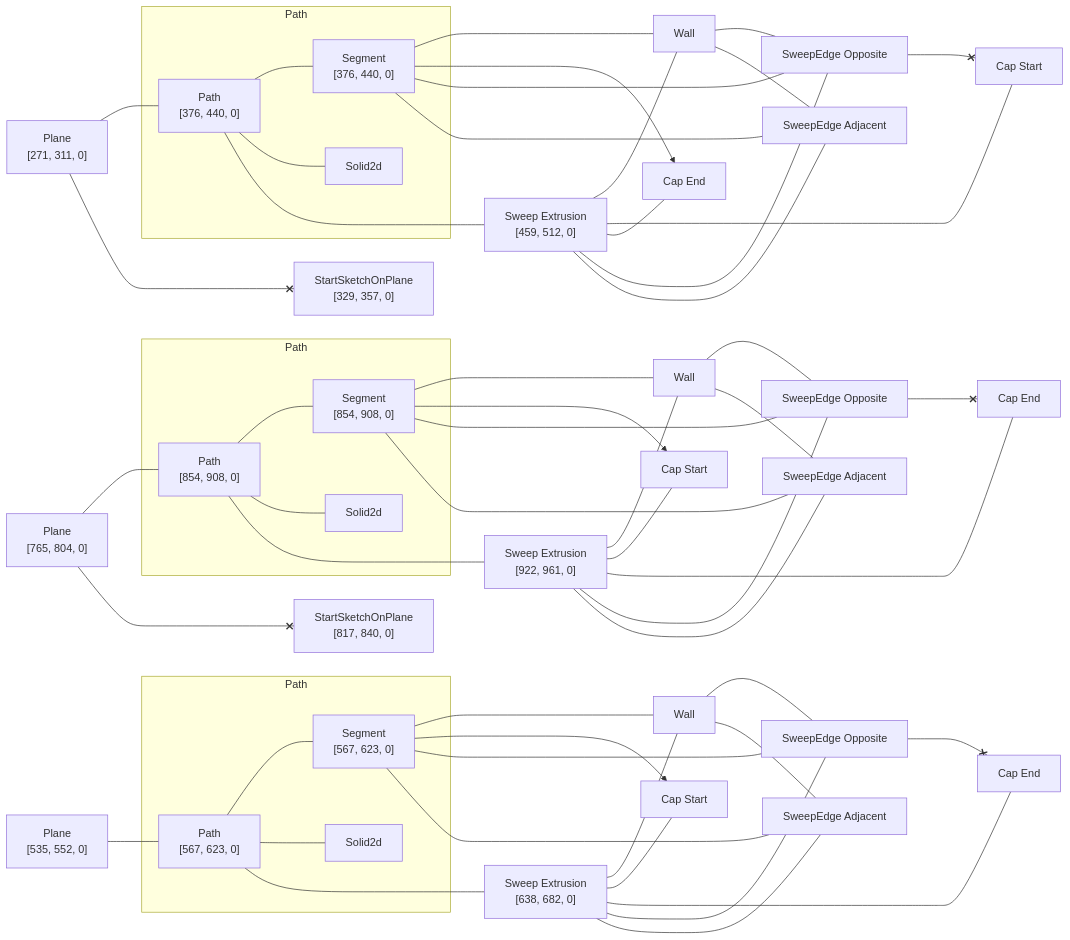
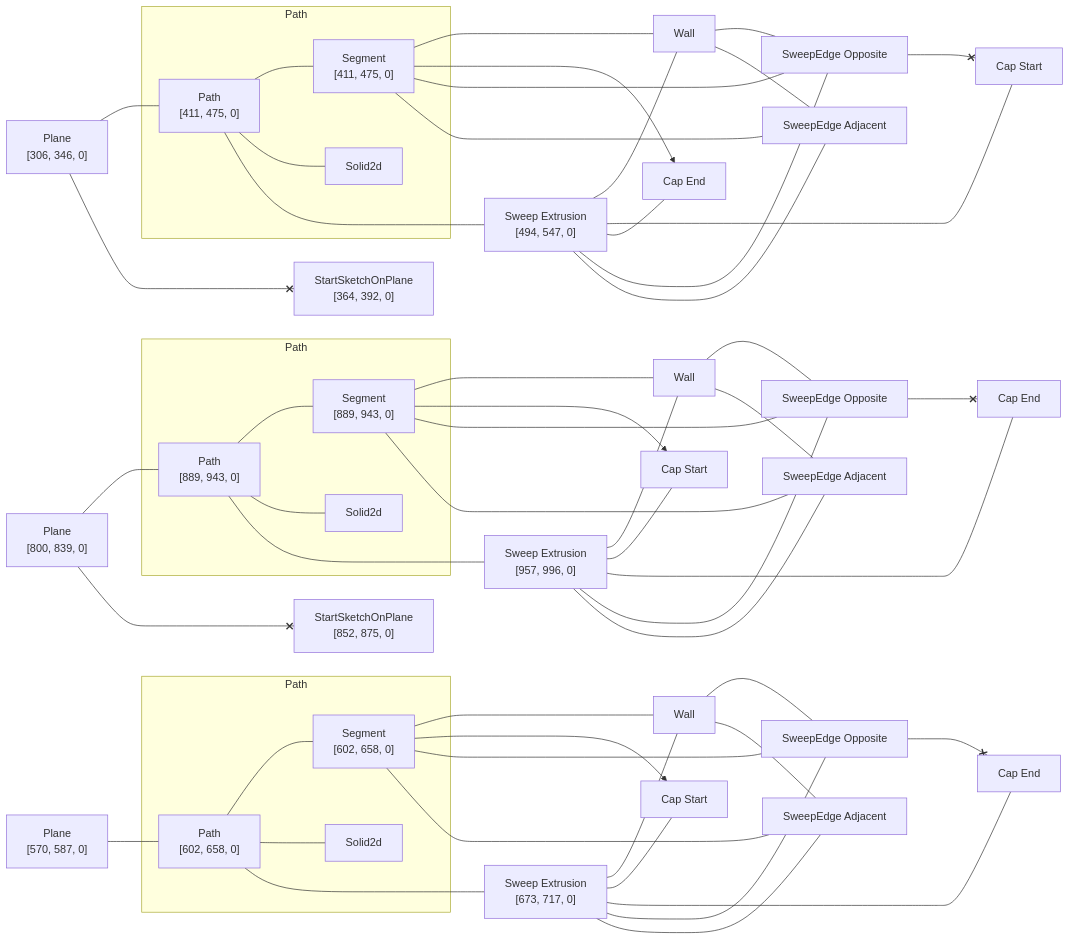
Before and after one commit to KittyCAD/modeling-app: the diagram in rust/kcl-lib/tests/kcl_samples/round-table/artifact_graph_flowchart.snap.md, drawn with Mermaid. The commit also changed 319 other files, not shown here.

````diff
--- a/rust/kcl-lib/tests/kcl_samples/round-table/artifact_graph_flowchart.snap.md
+++ b/rust/kcl-lib/tests/kcl_samples/round-table/artifact_graph_flowchart.snap.md
@@ -1,29 +1,29 @@
 ```mermaid
 flowchart LR
   subgraph path2 [Path]
-    2["Path<br>[376, 440, 0]"]
+    2["Path<br>[411, 475, 0]"]
       %% [ProgramBodyItem { index: 8 }, VariableDeclarationDeclaration, VariableDeclarationInit]
-    3["Segment<br>[376, 440, 0]"]
+    3["Segment<br>[411, 475, 0]"]
       %% [ProgramBodyItem { index: 8 }, VariableDeclarationDeclaration, VariableDeclarationInit]
     4[Solid2d]
   end
   subgraph path12 [Path]
-    12["Path<br>[567, 623, 0]"]
+    12["Path<br>[602, 658, 0]"]
       %% [ProgramBodyItem { index: 11 }, VariableDeclarationDeclaration, VariableDeclarationInit]
-    13["Segment<br>[567, 623, 0]"]
+    13["Segment<br>[602, 658, 0]"]
       %% [ProgramBodyItem { index: 11 }, VariableDeclarationDeclaration, VariableDeclarationInit]
     14[Solid2d]
   end
   subgraph path22 [Path]
-    22["Path<br>[854, 908, 0]"]
+    22["Path<br>[889, 943, 0]"]
       %% [ProgramBodyItem { index: 16 }, VariableDeclarationDeclaration, VariableDeclarationInit]
-    23["Segment<br>[854, 908, 0]"]
+    23["Segment<br>[889, 943, 0]"]
       %% [ProgramBodyItem { index: 16 }, VariableDeclarationDeclaration, VariableDeclarationInit]
     24[Solid2d]
   end
-  1["Plane<br>[271, 311, 0]"]
+  1["Plane<br>[306, 346, 0]"]
     %% [ProgramBodyItem { index: 6 }, VariableDeclarationDeclaration, VariableDeclarationInit]
-  5["Sweep Extrusion<br>[459, 512, 0]"]
+  5["Sweep Extrusion<br>[494, 547, 0]"]
     %% [ProgramBodyItem { index: 9 }, VariableDeclarationDeclaration, VariableDeclarationInit]
   6[Wall]
     %% face_code_ref=Missing NodePath
@@ -33,9 +33,9 @@
     %% face_code_ref=Missing NodePath
   9["SweepEdge Opposite"]
   10["SweepEdge Adjacent"]
-  11["Plane<br>[535, 552, 0]"]
+  11["Plane<br>[570, 587, 0]"]
     %% [ProgramBodyItem { index: 10 }, VariableDeclarationDeclaration, VariableDeclarationInit]
-  15["Sweep Extrusion<br>[638, 682, 0]"]
+  15["Sweep Extrusion<br>[673, 717, 0]"]
     %% [ProgramBodyItem { index: 12 }, VariableDeclarationDeclaration, VariableDeclarationInit]
   16[Wall]
     %% face_code_ref=Missing NodePath
@@ -45,9 +45,9 @@
     %% face_code_ref=Missing NodePath
   19["SweepEdge Opposite"]
   20["SweepEdge Adjacent"]
-  21["Plane<br>[765, 804, 0]"]
+  21["Plane<br>[800, 839, 0]"]
     %% [ProgramBodyItem { index: 14 }, VariableDeclarationDeclaration, VariableDeclarationInit]
-  25["Sweep Extrusion<br>[922, 961, 0]"]
+  25["Sweep Extrusion<br>[957, 996, 0]"]
     %% [ProgramBodyItem { index: 17 }, VariableDeclarationDeclaration, VariableDeclarationInit]
   26[Wall]
     %% face_code_ref=Missing NodePath
@@ -57,9 +57,9 @@
     %% face_code_ref=Missing NodePath
   29["SweepEdge Opposite"]
   30["SweepEdge Adjacent"]
-  31["StartSketchOnPlane<br>[329, 357, 0]"]
+  31["StartSketchOnPlane<br>[364, 392, 0]"]
     %% [ProgramBodyItem { index: 7 }, VariableDeclarationDeclaration, VariableDeclarationInit]
-  32["StartSketchOnPlane<br>[817, 840, 0]"]
+  32["StartSketchOnPlane<br>[852, 875, 0]"]
     %% [ProgramBodyItem { index: 15 }, VariableDeclarationDeclaration, VariableDeclarationInit]
   1 --- 2
   1 <--x 31
````
